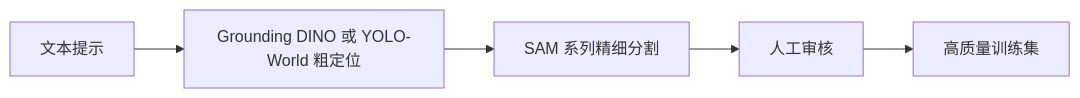
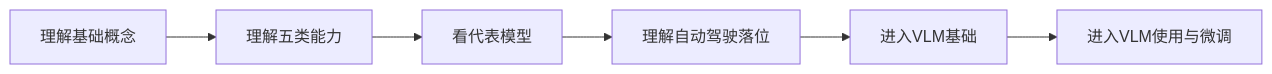
One commit to qwefvb/Autonomous-Driving-From-Zero changed the tenth of 10 diagrams in docs/05_大模型基础/5.2_视觉基础大模型.md. Above: the diagram before and after it, drawn with Mermaid. The commit also changed other lines of this file and 7 other files, not shown here.

````diff
--- a/docs/05_大模型基础/5.2_视觉基础大模型.md
+++ b/docs/05_大模型基础/5.2_视觉基础大模型.md
@@ -664,7 +746,8 @@
 ```mermaid
 graph LR
-    A[文本提示] --> B[Grounding DINO 或 YOLO-World 粗定位]
-    B --> C[SAM 系列精细分割]
-    C --> D[人工审核]
-    D --> E[高质量训练集]
+    A[理解基础概念] --> B[理解五类能力]
+    B --> C[看代表模型]
+    C --> D[理解自动驾驶落位]
+    D --> E[进入VLM基础]
+    E --> F[进入VLM使用与微调]
 ```
````
